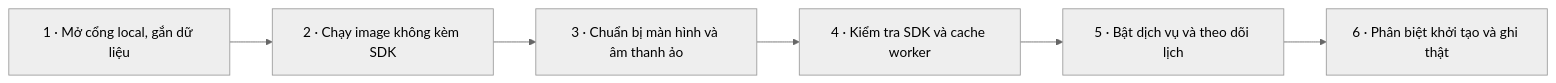
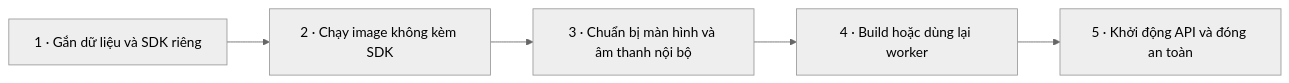
Before and after one commit to Thequancute215-sys/cun-zoom: the second of 22 diagrams in docs/WORKFLOW.md, drawn with Mermaid (neutral theme). The commit also changed other lines of this file and 33 other files, not shown here.

Commit message:
Add account OTP and one-time license flow with deployment handover

````diff
--- a/docs/WORKFLOW.md
+++ b/docs/WORKFLOW.md
@@ -35,14 +35,12 @@
 ```mermaid
 flowchart LR
-  s1["1 · Mở cổng local, gắn dữ liệu"]
+  s1["1 · Gắn dữ liệu và SDK riêng"]
   s2["2 · Chạy image không kèm SDK"]
   s1 --> s2
-  s3["3 · Chuẩn bị màn hình và âm thanh ảo"]
+  s3["3 · Chuẩn bị màn hình và âm thanh nội bộ"]
   s2 --> s3
-  s4["4 · Kiểm tra SDK và cache worker"]
+  s4["4 · Build hoặc dùng lại worker"]
   s3 --> s4
-  s5["5 · Bật dịch vụ và theo dõi lịch"]
+  s5["5 · Khởi động API và đóng an toàn"]
   s4 --> s5
-  s6["6 · Phân biệt khởi tạo và ghi thật"]
-  s5 --> s6
 ```
````
